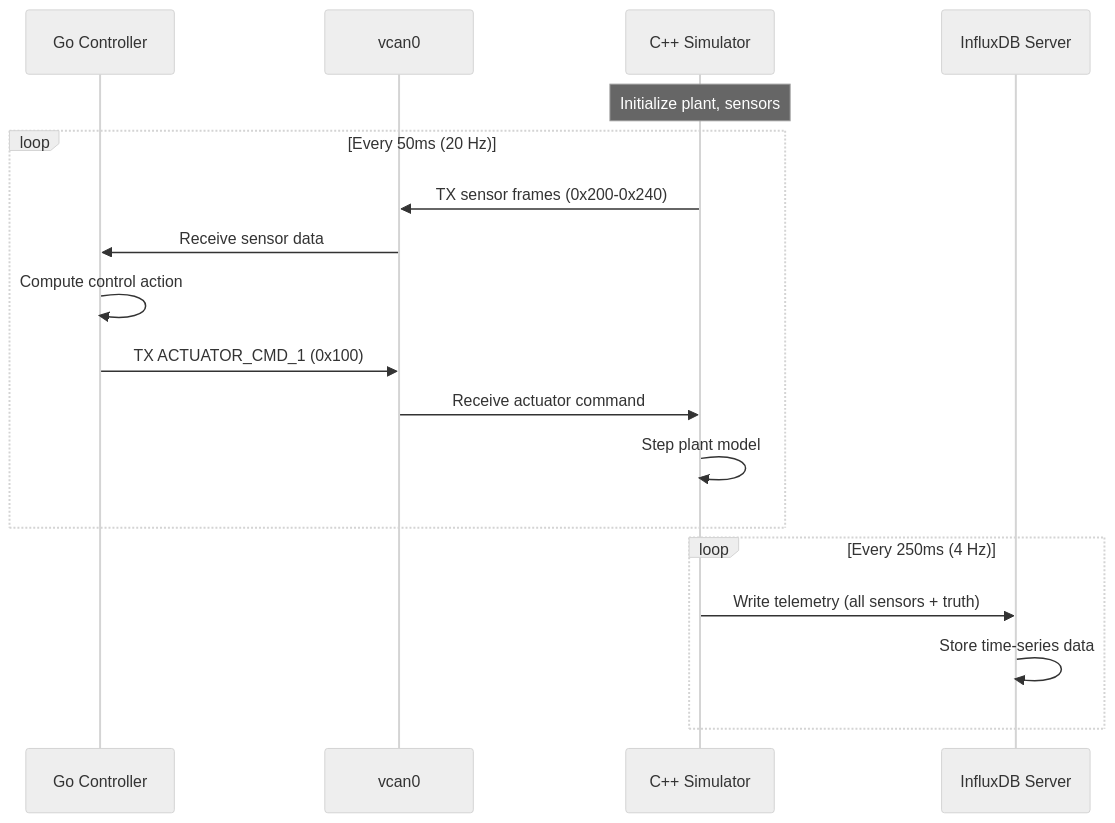
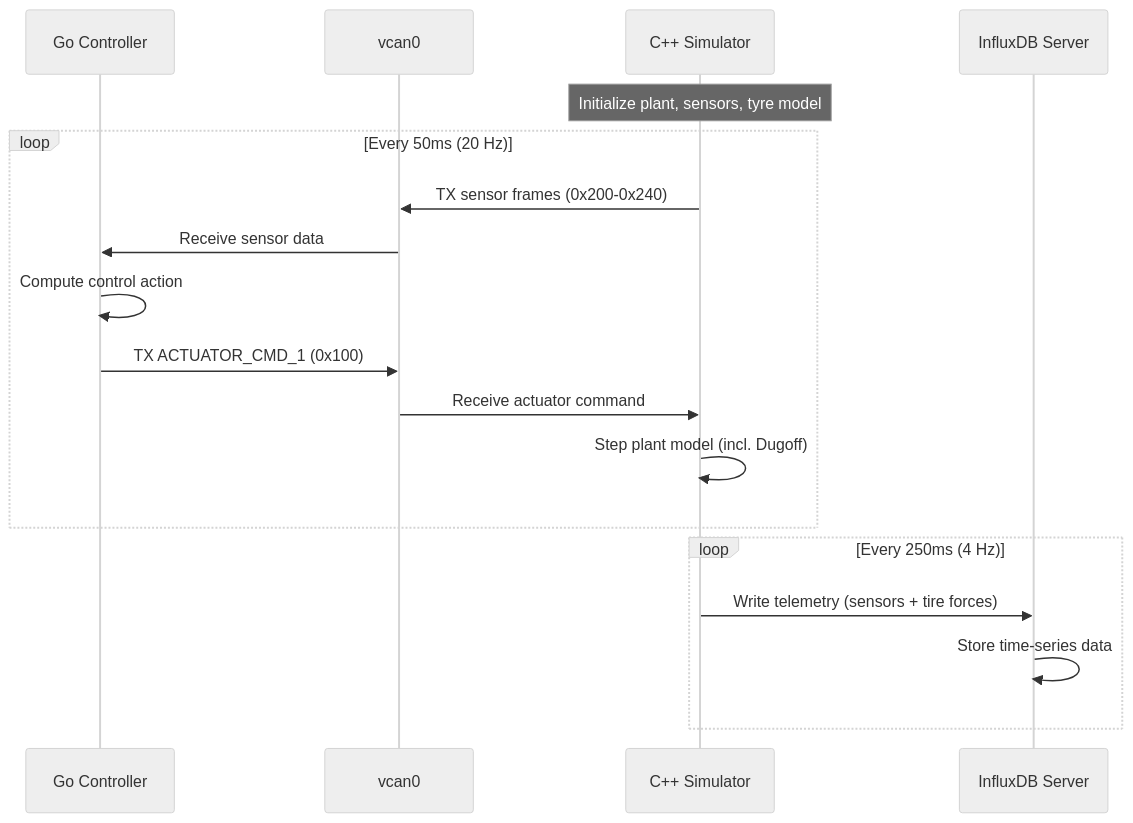
The third of 3 diagrams in README.md (mtilocca/vehicle-Dynamics-Sim-Can), drawn with Mermaid (neutral theme) before and after one commit. The commit also changed other lines of this file and 2 other files, not shown here.

````diff
--- a/README.md
+++ b/README.md
@@ -497,23 +442,23 @@
 ```mermaid
 sequenceDiagram
     participant Controller as Go Controller
     participant CAN as vcan0
     participant Sim as C++ Simulator
     participant InfluxDB as InfluxDB Server
     
-    Note over Sim: Initialize plant, sensors
+    Note over Sim: Initialize plant, sensors, tyre model
     
     loop Every 50ms (20 Hz)
         Sim->>CAN: TX sensor frames (0x200-0x240)
         CAN->>Controller: Receive sensor data
         Controller->>Controller: Compute control action
         Controller->>CAN: TX ACTUATOR_CMD_1 (0x100)
         CAN->>Sim: Receive actuator command
-        Sim->>Sim: Step plant model
+        Sim->>Sim: Step plant model (incl. Dugoff)
     end
     
     loop Every 250ms (4 Hz)
-        Sim->>InfluxDB: Write telemetry (all sensors + truth)
+        Sim->>InfluxDB: Write telemetry (sensors + tire forces)
         InfluxDB->>InfluxDB: Store time-series data
     end
 ```
````
